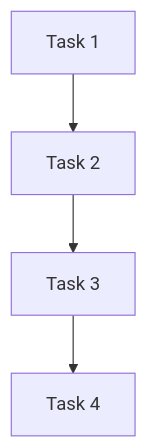
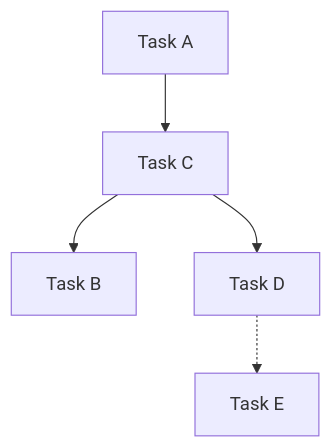
The diagram in .cursor/parlang-guide.md (OverHCV/Intel-II), drawn with Mermaid before and after one commit. The commit also changed 2 other files, not shown here.

Commit message:
Revise documentation for ANN theory, enhancing clarity with detailed explanations and concrete examples. Update dependency chart in parlang-guide.md for better task visualization. The documentation now includes comprehensive insights into activation functions, backpropagation, and practical tips for architecture selection, significantly improving educational value.

````diff
--- a/.cursor/parlang-guide.md
+++ b/.cursor/parlang-guide.md
@@ -56,6 +56,7 @@
 ```mermaid
 graph TD
-    A[Task 1] --> B[Task 2]
-    B --> C[Task 3]
-    C --> D[Task 4]
+    A[Task A] --> C[Task C]
+    C --> B[Task B]
+    C --> D[Task D]
+    D -.-> E[Task E]
 ```
````
